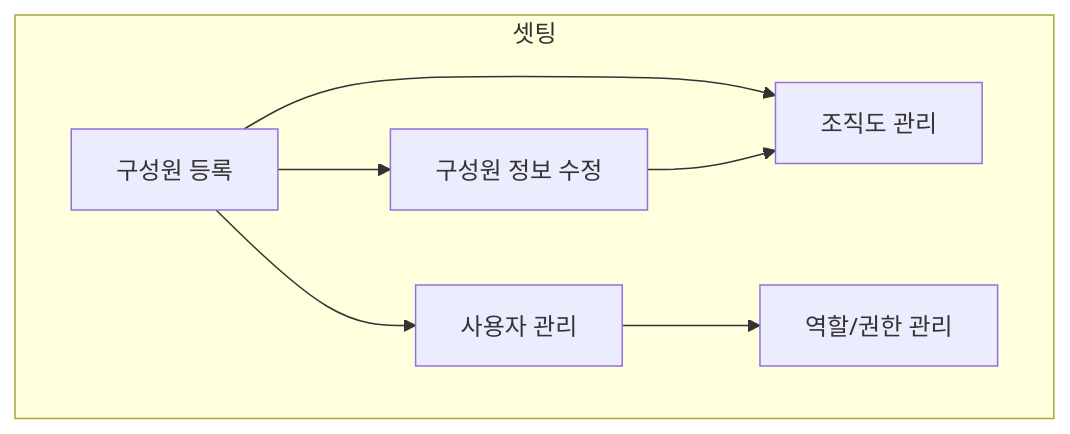
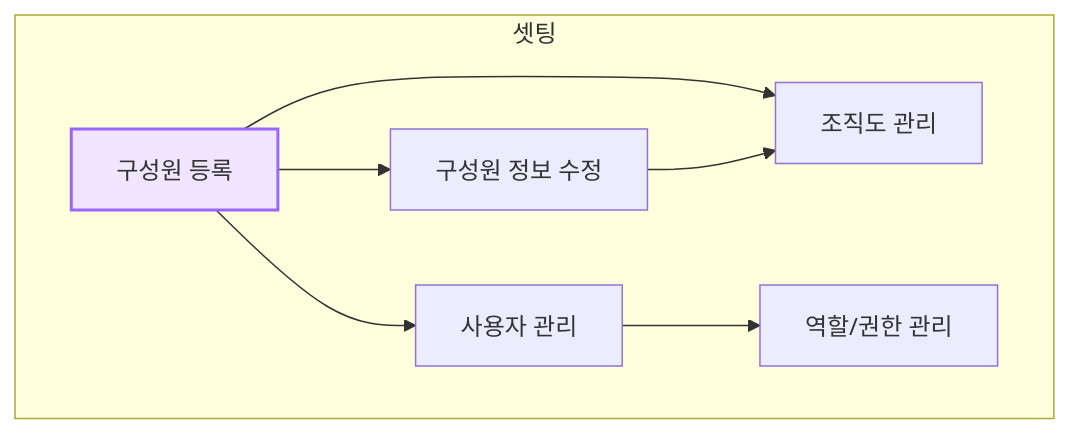
One commit to cotes2020/jekyll-theme-chirpy changed the diagram in _posts/2024-07-01-intro.md. Above: the diagram before and after it, drawn with Mermaid. The commit also changed 1 other file, not shown here.

Commit message:
도해 수정

````diff
--- a/_posts/2024-07-01-intro.md
+++ b/_posts/2024-07-01-intro.md
@@ -77,20 +77,20 @@
 ```mermaid
 flowchart TD
     subgraph 셋팅["셋팅"]
         hr0001["구성원 등록"]
         hr0002["구성원 정보 수정"]
         hr0007["조직도 관리"]
         se0005["사용자 관리"]
         se0003["역할/권한 관리"]
         hr0001 --> hr0002
         hr0001 --> hr0007
         hr0002 --> hr0007
         hr0001 --> se0005
         se0005 --> se0003
 
     click hr0001 "{% post_url 2024-07-02-hr0001 %}" "구성원 등록 페이지로 이동"
     click hr0002 "{% post_url 2024-07-02-hr0002 %}" "구성원 정보수정 페이지로 이동"
     click hr0007 "{% post_url 2024-07-02-hr0007 %}" "조직도 관리 페이지로 이동"
-
+    style hr0001 fill:#f0e6ff,stroke:#9966ff,stroke-width:2px
     end
 ```
````
